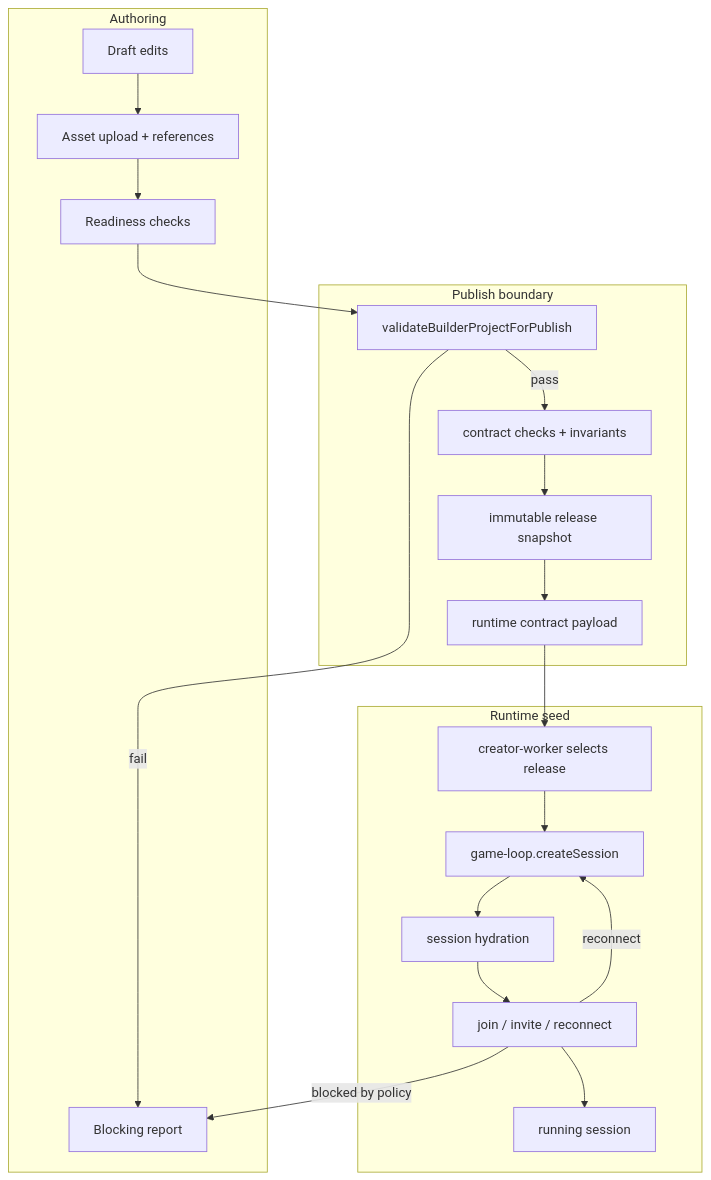
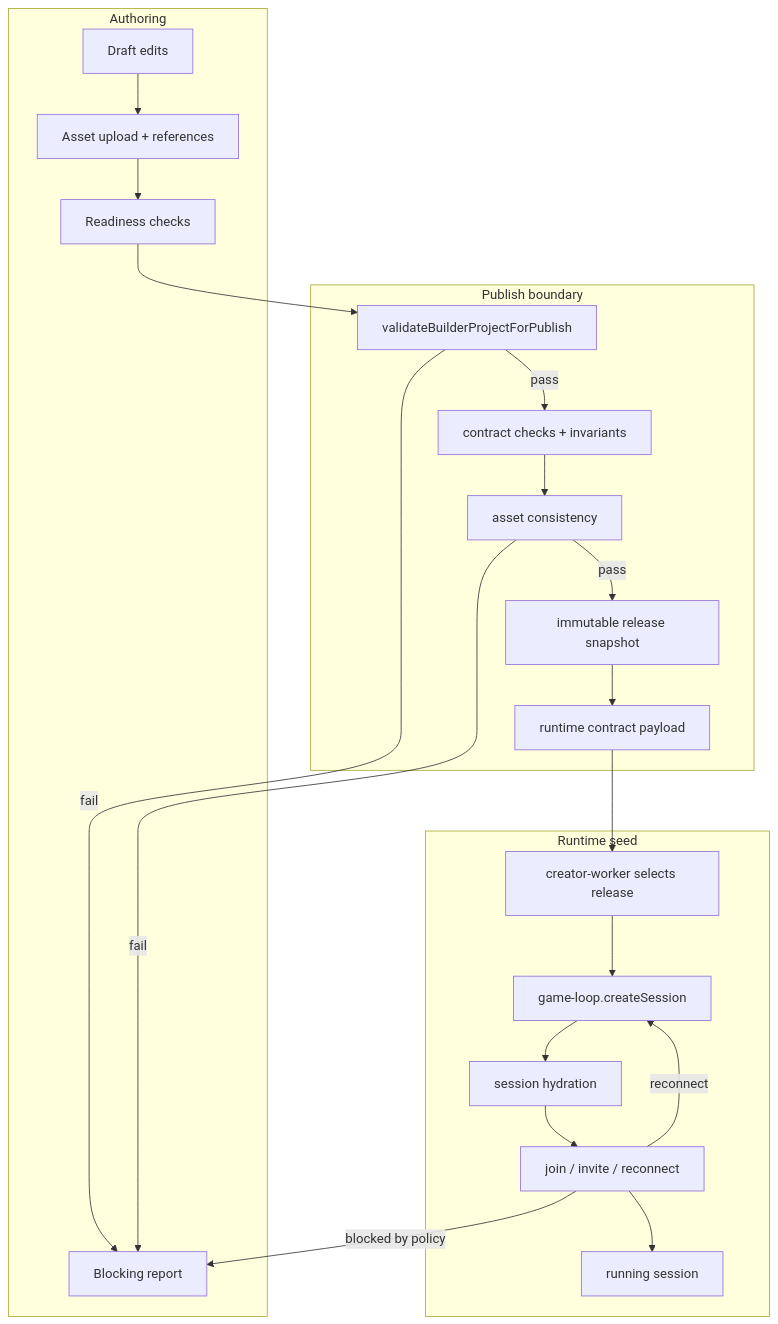
One commit to d4551/tea changed the fifth of 16 diagrams in README.md. Above: the diagram before and after it, drawn with Mermaid. The commit also changed other lines of this file and 151 other files, not shown here.

````diff
--- a/README.md
+++ b/README.md
@@ -386,31 +428,34 @@
 ```mermaid
 flowchart TD
   subgraph Authoring["Authoring"]
     A_Draft["Draft edits"]
     A_Asset["Asset upload + references"]
     A_Audit["Readiness checks"]
     A_Report["Blocking report"]
   end
 
   subgraph Publish["Publish boundary"]
     P_Validate["validateBuilderProjectForPublish"]
     P_Contract["contract checks + invariants"]
+    P_AssetCheck["asset consistency"]
     P_Release["immutable release snapshot"]
     P_Output["runtime contract payload"]
   end
 
   subgraph Runtime["Runtime seed"]
     R_Select["creator-worker selects release"]
     R_Create["game-loop.createSession"]
     R_Hydrate["session hydration"]
     R_Join["join / invite / reconnect"]
     R_Result["running session"]
   end
 
   A_Draft --> A_Asset --> A_Audit --> P_Validate
-  P_Validate -->|pass| P_Contract --> P_Release --> P_Output --> R_Select
+  P_Validate -->|pass| P_Contract --> P_AssetCheck
+  P_AssetCheck -->|pass| P_Release --> P_Output --> R_Select
   P_Validate -->|fail| A_Report
+  P_AssetCheck -->|fail| A_Report
   R_Select --> R_Create --> R_Hydrate --> R_Join --> R_Result
   R_Join -->|reconnect| R_Create
   R_Join -->|blocked by policy| A_Report
 ```
````
